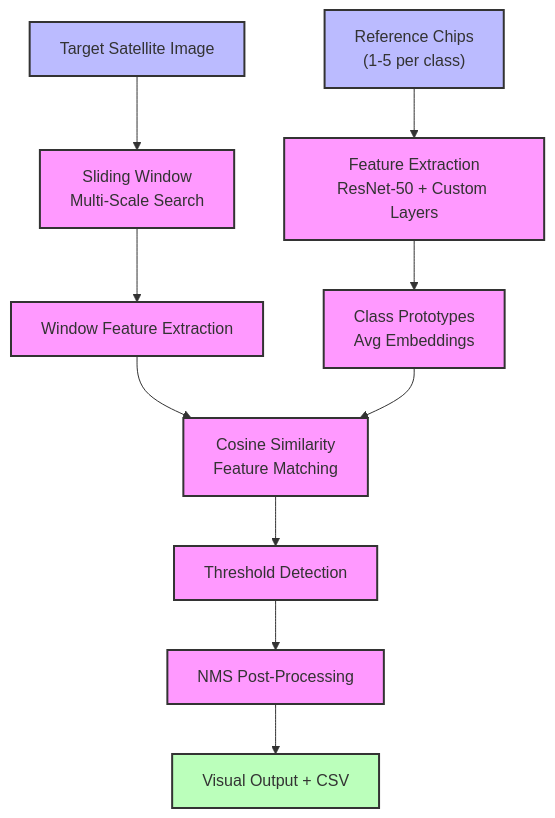
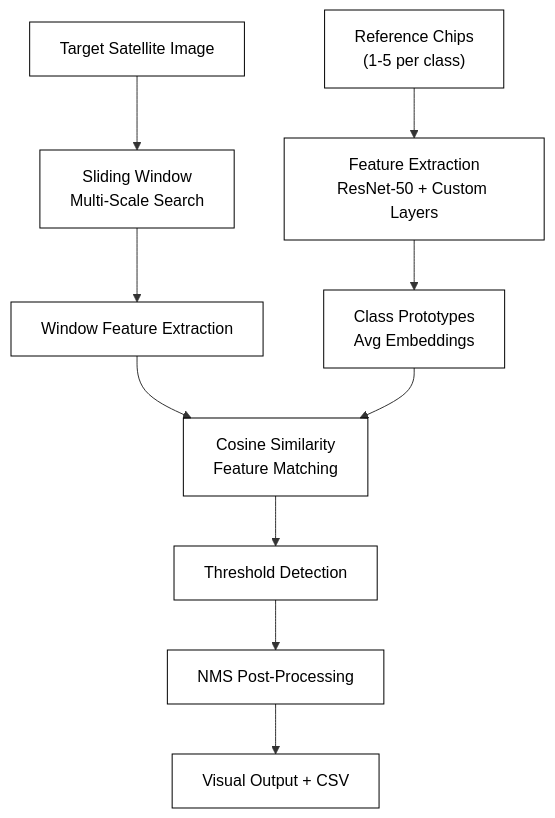
The diagram in README.md (Ansarafsar/satellite-imagery), drawn with Mermaid before and after one commit.

````diff
--- a/README.md
+++ b/README.md
@@ -20,21 +20,22 @@
 ```mermaid
 graph TD
     A["Reference Chips\n(1-5 per class)"] --> B["Feature Extraction\nResNet-50 + Custom Layers"]
     B --> C["Class Prototypes\nAvg Embeddings"]
     D["Target Satellite Image"] --> E["Sliding Window\nMulti-Scale Search"]
     E --> F["Window Feature Extraction"]
     F --> G["Cosine Similarity\nFeature Matching"]
     C --> G
     G --> H["Threshold Detection"]
     H --> I["NMS Post-Processing"]
     I --> J["Visual Output + CSV"]
 
-    classDef process fill:#f9f,stroke:#333,stroke-width:2px;
-    classDef data fill:#bbf,stroke:#333,stroke-width:2px;
-    classDef output fill:#bfb,stroke:#333,stroke-width:2px;
+    classDef process fill:none,stroke:#000,stroke-width:1px,color:#000;
+    classDef data fill:none,stroke:#000,stroke-width:1px,color:#000;
+    classDef output fill:none,stroke:#000,stroke-width:1px,color:#000;
 
     class A,D data;
     class B,C,E,F,G,H,I process;
     class J output;
 
+
 ```
````
